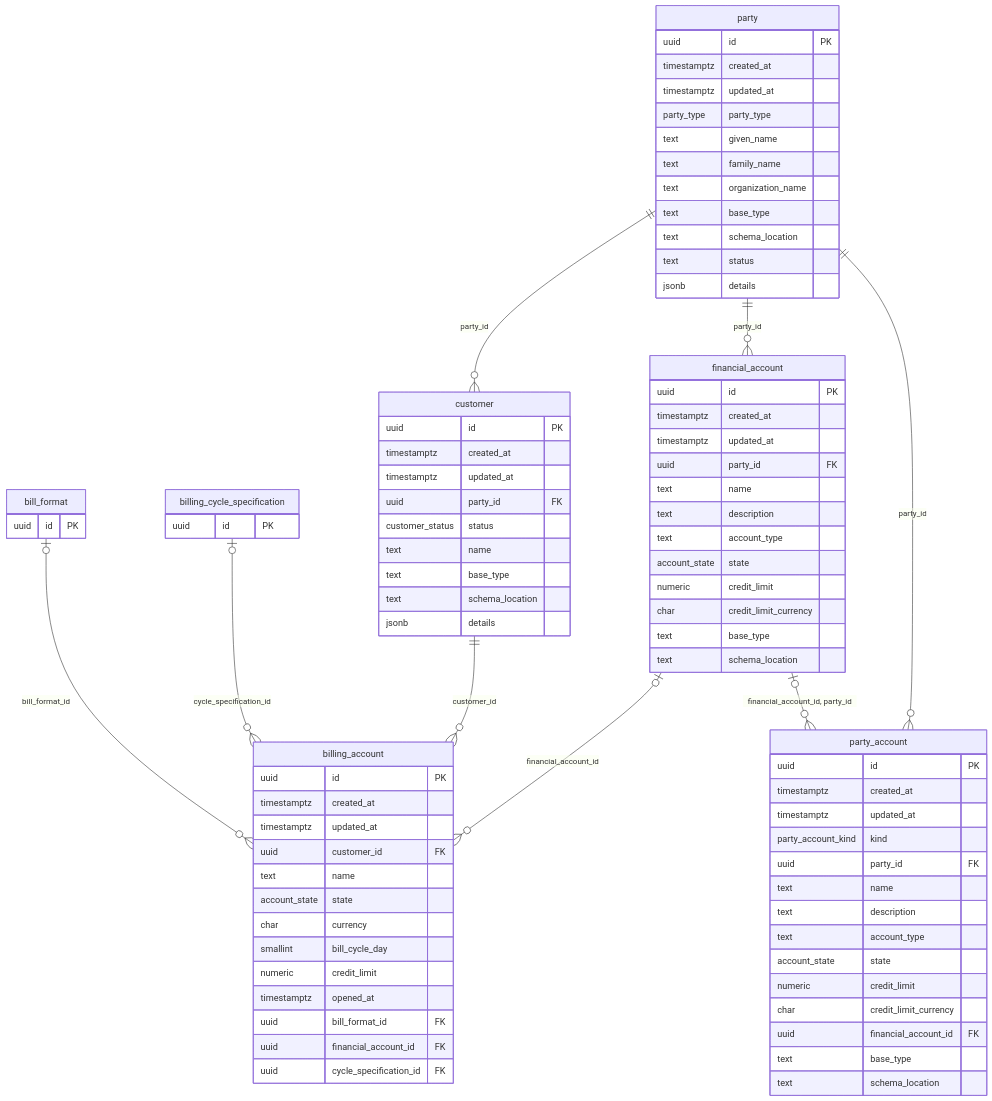
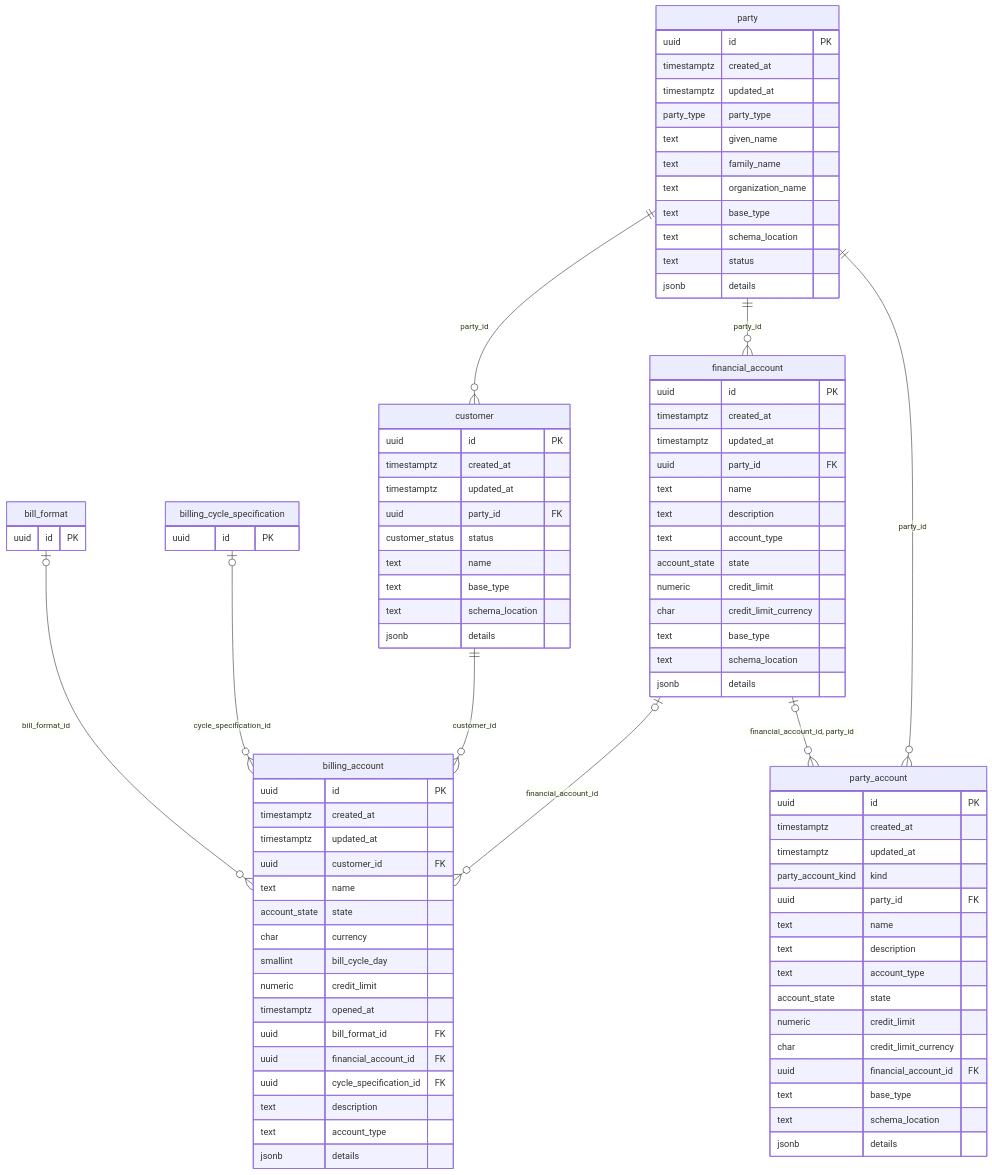
The second of 8 diagrams in docs/db/README.md (altharmz/bss), drawn with Mermaid before and after one commit. The commit also changed other lines of this file and 30 other files, not shown here.

```diff
--- a/docs/db/README.md
+++ b/docs/db/README.md
@@ -198,6 +198,9 @@
     uuid bill_format_id FK
     uuid financial_account_id FK
     uuid cycle_specification_id FK
+    text description
+    text account_type
+    jsonb details
   }
   financial_account {
     uuid id PK
@@ -212,6 +215,7 @@
     char credit_limit_currency
     text base_type
     text schema_location
+    jsonb details
   }
   party_account {
     uuid id PK
@@ -228,6 +232,7 @@
     uuid financial_account_id FK
     text base_type
     text schema_location
+    jsonb details
   }
   bill_format {
     uuid id PK
```
